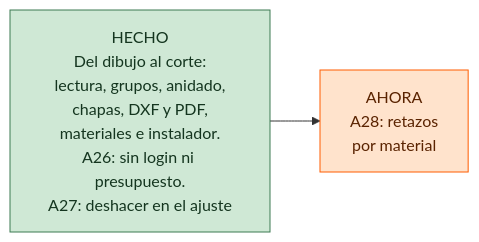
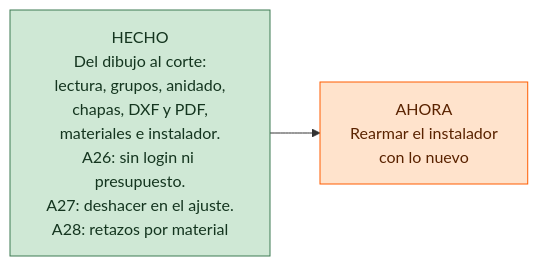
The third of 3 diagrams in README.md (enzopazzelli/carteleria), drawn with Mermaid before and after one commit. The commit also changed other lines of this file and 4 other files, not shown here.

Commit message:
docs(a28): los retazos por material en la guía, el README y la bitácora

````diff
--- a/README.md
+++ b/README.md
@@ -239,12 +238,12 @@
 ```mermaid
 flowchart LR
-    H["HECHO<br/>Del dibujo al corte:<br/>lectura, grupos, anidado,<br/>chapas, DXF y PDF,<br/>materiales e instalador.<br/>A26: sin login ni presupuesto.<br/>A27: deshacer en el ajuste"]
-    N["AHORA<br/>A28: retazos<br/>por material"]
+    H["HECHO<br/>Del dibujo al corte:<br/>lectura, grupos, anidado,<br/>chapas, DXF y PDF,<br/>materiales e instalador.<br/>A26: sin login ni presupuesto.<br/>A27: deshacer en el ajuste.<br/>A28: retazos por material"]
+    N["AHORA<br/>Rearmar el instalador<br/>con lo nuevo"]
     H --> N
 
     classDef hecho fill:#cfe8d5,stroke:#3d7a52,color:#14351f
     classDef ahora fill:#ffe3cc,stroke:#ff5d00,color:#5a2300
     classDef luego fill:#eeeeee,stroke:#999,color:#555
     class H hecho
     class N ahora
 ```
````
